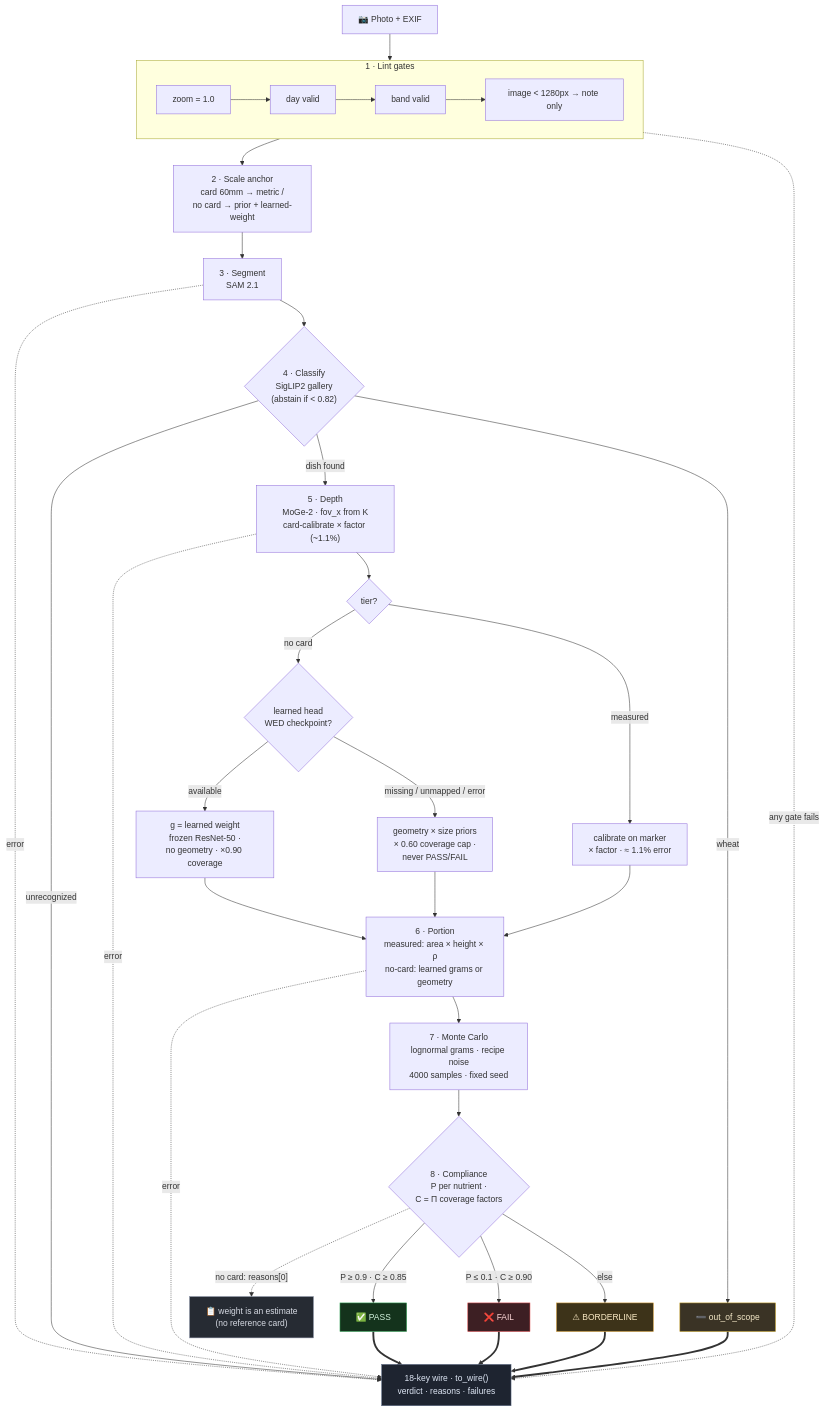
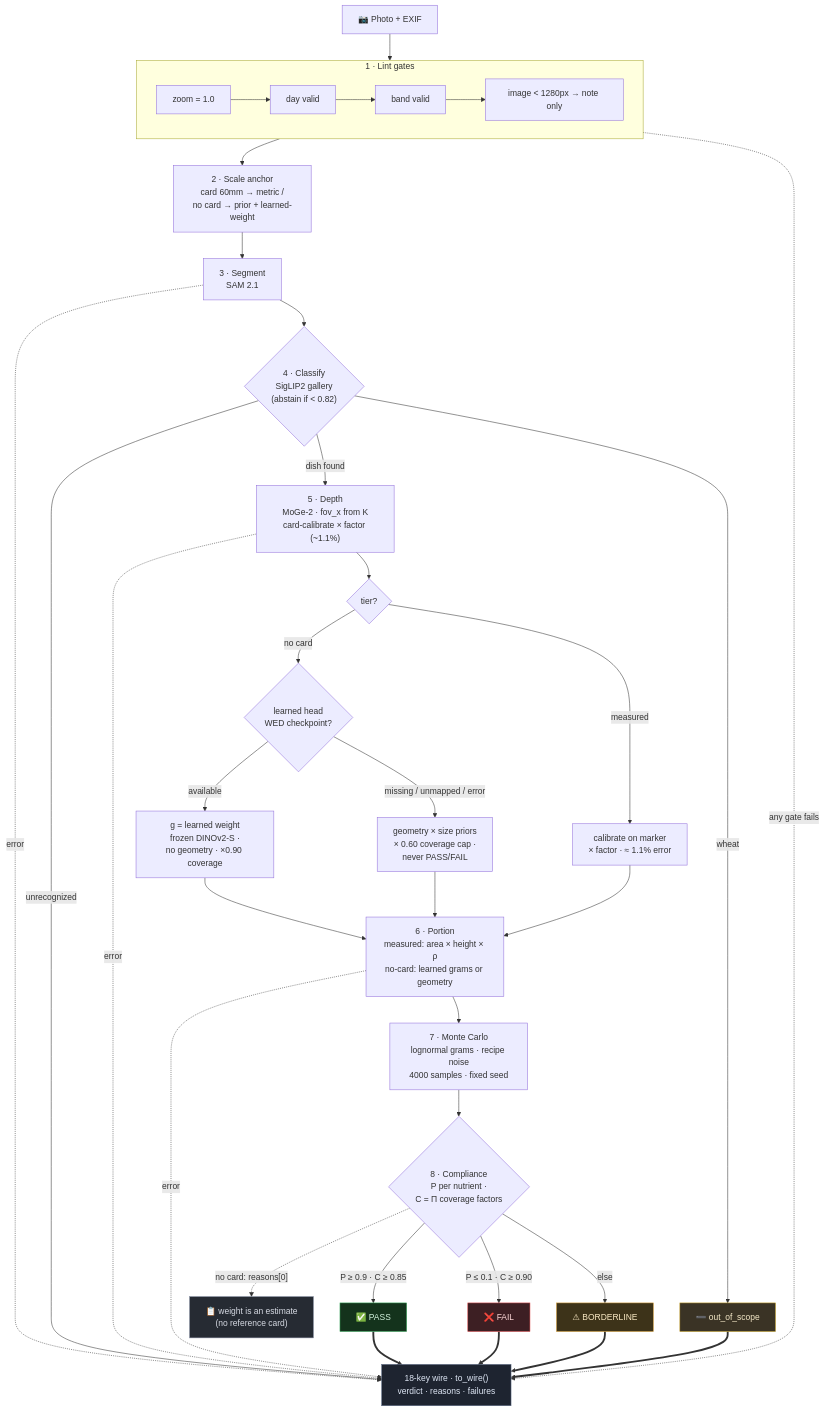
The diagram in README.md (Lion4467cat/NutriSense), drawn with Mermaid before and after one commit. The commit also changed other lines of this file and 1 other file, not shown here.

First line of the commit message:
docs: last ResNet-50 mention → DINOv2-S in flowchart; verify + fix limitation gram-error numbers

````diff
--- a/README.md
+++ b/README.md
@@ -36,55 +36,55 @@
 ```mermaid
 flowchart TD
     IMG["📷 Photo + EXIF"] --> L1
 
     subgraph LINT["1 · Lint gates"]
         direction LR
         L1["zoom = 1.0"] --> L2["day valid"] --> L3["band valid"]
         L3 --> L4["image < 1280px → note only"]
     end
 
     LINT -.->|"any gate fails"| WIRE
     L4 --> A["2 · Scale anchor<br/>card 60mm → metric /<br/>no card → prior + learned-weight"]
 
     A --> SEG["3 · Segment<br/>SAM 2.1"]
     SEG -.->|error| WIRE
     SEG --> CLS{"4 · Classify<br/>SigLIP2 gallery<br/>(abstain if < 0.82)"}
     CLS -->|"unrecognized"| WIRE
     CLS -->|wheat| OOS["➖ out_of_scope"]
     CLS -->|dish found| DEPTH["5 · Depth<br/>MoGe-2 · fov_x from K<br/>card-calibrate × factor (~1.1%)"]
     DEPTH -.->|error| WIRE
     DEPTH --> TIER{"tier?"}
     TIER -->|measured| CAL["calibrate on marker<br/>× factor · ≈ 1.1% error"]
     TIER -->|no card| HEAD{"learned head<br/>WED checkpoint?"}
-    HEAD -->|available| LEARN["g = learned weight<br/>frozen ResNet-50 ·<br/>no geometry · ×0.90 coverage"]
+    HEAD -->|available| LEARN["g = learned weight<br/>frozen DINOv2-S ·<br/>no geometry · ×0.90 coverage"]
     HEAD -->|missing / unmapped / error| NOCAL["geometry × size priors<br/>× 0.60 coverage cap ·<br/>never PASS/FAIL"]
     LEARN --> PORT
     NOCAL --> PORT
     CAL --> PORT["6 · Portion<br/>measured: area × height × ρ<br/>no-card: learned grams or geometry"]
     PORT -.->|error| WIRE
     PORT --> MC["7 · Monte Carlo<br/>lognormal grams · recipe noise<br/>4000 samples · fixed seed"]
 
     MC --> VER{"8 · Compliance<br/>P per nutrient ·<br/>C = Π coverage factors"}
     VER -->|"P ≥ 0.9 · C ≥ 0.85"| PASS["✅ PASS"]
     VER -->|"P ≤ 0.1 · C ≥ 0.90"| FAIL["❌ FAIL"]
     VER -->|else| BORD["⚠ BORDERLINE"]
     VER -.->|"no card: reasons[0]"| DISC["📋 weight is an estimate<br/>(no reference card)"]
 
     PASS ==> WIRE["18-key wire · to_wire()<br/>verdict · reasons · failures"]
     FAIL ==> WIRE
     BORD ==> WIRE
     OOS ==> WIRE
 
     classDef err fill:#3d1f23,stroke:#e05252,color:#ffd9d9
     classDef oos fill:#3a3325,stroke:#c9a227,color:#f5e9c8
     classDef ok fill:#14331c,stroke:#3fae62,color:#d4f5df
     classDef warn fill:#3d3319,stroke:#d9a13a,color:#fae9c4
     classDef wire fill:#1e2430,stroke:#5b6b85,color:#dfe7f5
     classDef neutral fill:#262b33,stroke:#8b93a7,color:#d7dbe4
     class OOS oos
     class PASS ok
     class FAIL err
     class BORD warn
     class DISC neutral
     class WIRE wire
 ```
````
